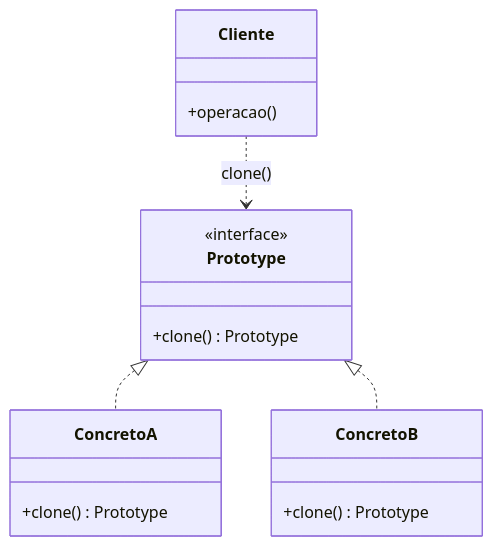
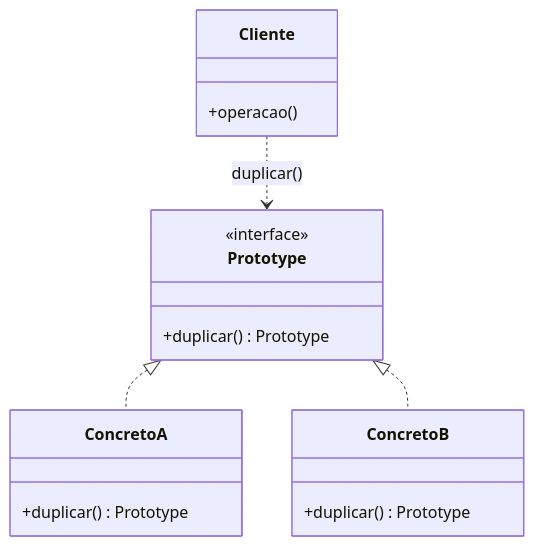
One commit to JoaoVitorLima242/project-patterns changed the first of 2 diagrams in docs/patterns/criacionais/prototype/README.md. Above: the diagram before and after it, drawn with Mermaid. The commit also changed other lines of this file and 4 other files, not shown here.

````diff
--- a/docs/patterns/criacionais/prototype/README.md
+++ b/docs/patterns/criacionais/prototype/README.md
@@ -77,19 +154,19 @@
 ```mermaid
 classDiagram
     class Prototype {
         <<interface>>
-        +clone() Prototype
+        +duplicar() Prototype
     }
     class ConcretoA {
-        +clone() Prototype
+        +duplicar() Prototype
     }
     class ConcretoB {
-        +clone() Prototype
+        +duplicar() Prototype
     }
     class Cliente {
         +operacao()
     }
-    Cliente ..> Prototype : clone()
+    Cliente ..> Prototype : duplicar()
     Prototype <|.. ConcretoA
     Prototype <|.. ConcretoB
 ```
````
